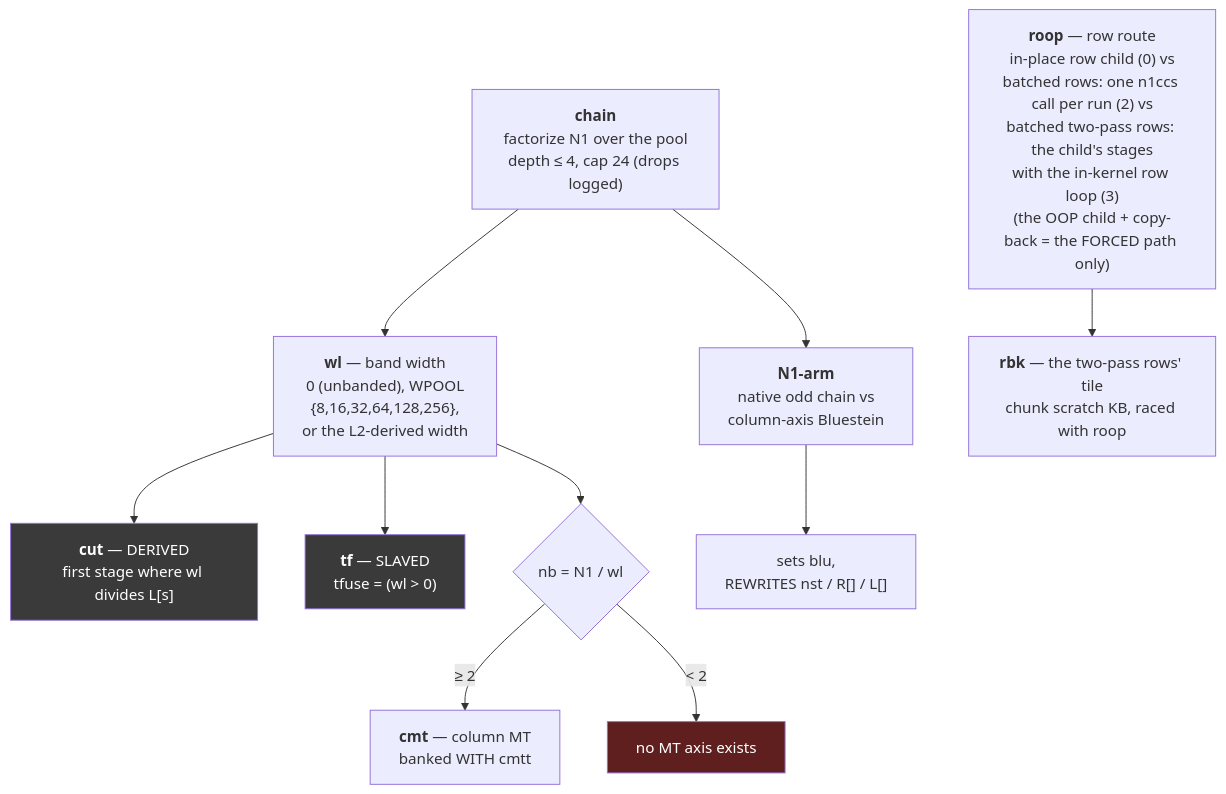
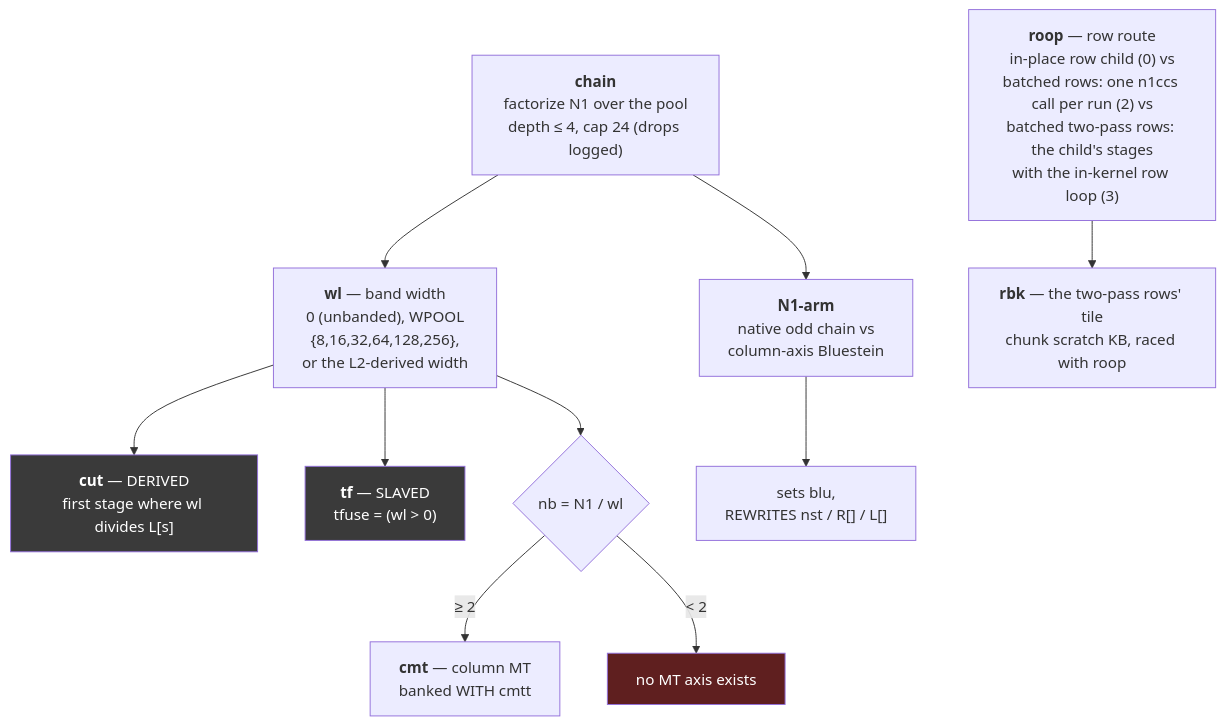
The eighth of 14 diagrams in docs/design/planning_model.md (Tugbars/VectorFFT), drawn with Mermaid before and after one commit. The commit also changed 7 other files, not shown here.

Commit message:
in-place child route replaced oop route path

````diff
--- a/docs/design/planning_model.md
+++ b/docs/design/planning_model.md
@@ -648,17 +648,17 @@
 ```mermaid
 flowchart TD
     CH["<b>chain</b><br/>factorize N1 over the pool<br/>depth &le; 4, cap 24 (drops logged)"] --> WL["<b>wl</b> — band width<br/>0 (unbanded), WPOOL<br/>{8,16,32,64,128,256},<br/>or the L2-derived width"]
     WL --> CUT["<b>cut</b> — DERIVED<br/>first stage where wl divides L[s]"]
     WL --> TF["<b>tf</b> — SLAVED<br/>tfuse = (wl &gt; 0)"]
     WL --> NB{"nb = N1 / wl"}
     NB -->|"&ge; 2"| CMT["<b>cmt</b> — column MT<br/>banked WITH cmtt"]
     NB -->|"&lt; 2"| NOMT["no MT axis exists"]
     CH --> N1A["<b>N1-arm</b><br/>native odd chain vs<br/>column-axis Bluestein"]
     N1A --> BLU["sets blu,<br/>REWRITES nst / R[] / L[]"]
-    ROOP["<b>roop</b> — row route<br/>in-place row child (0) vs<br/>batched rows: one n1ccs call per run (2) vs<br/>batched two-pass rows: the child's stages<br/>with the in-kernel row loop (3)<br/>(the OOP child + copy-back = the FORCED path only)"]
+    ROOP["<b>roop</b> — row route<br/>in-place row child (0) vs<br/>batched rows: one n1ccs call per run (2) vs<br/>batched two-pass rows: the child's stages<br/>with the in-kernel row loop (3)"]
     ROOP --> RBK["<b>rbk</b> — the two-pass rows' tile<br/>chunk scratch KB, raced with roop"]
 
     style NOMT fill:#5f1f1f,color:#fff
     style CUT fill:#3a3a3a,color:#fff
     style TF fill:#3a3a3a,color:#fff
 ```
````
